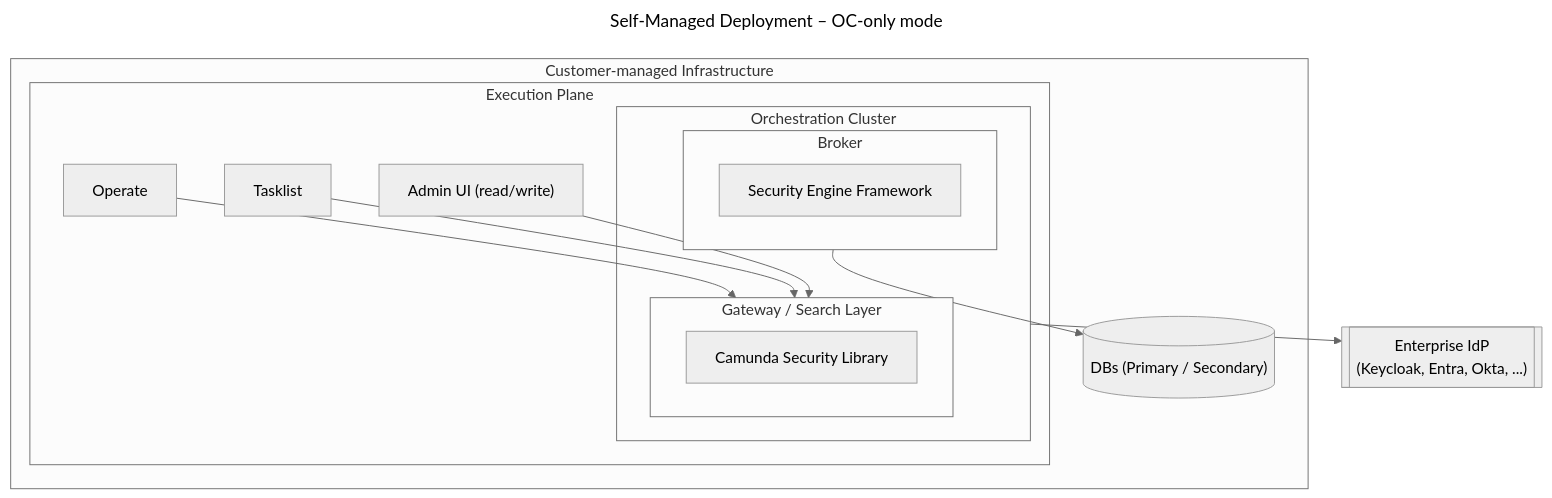
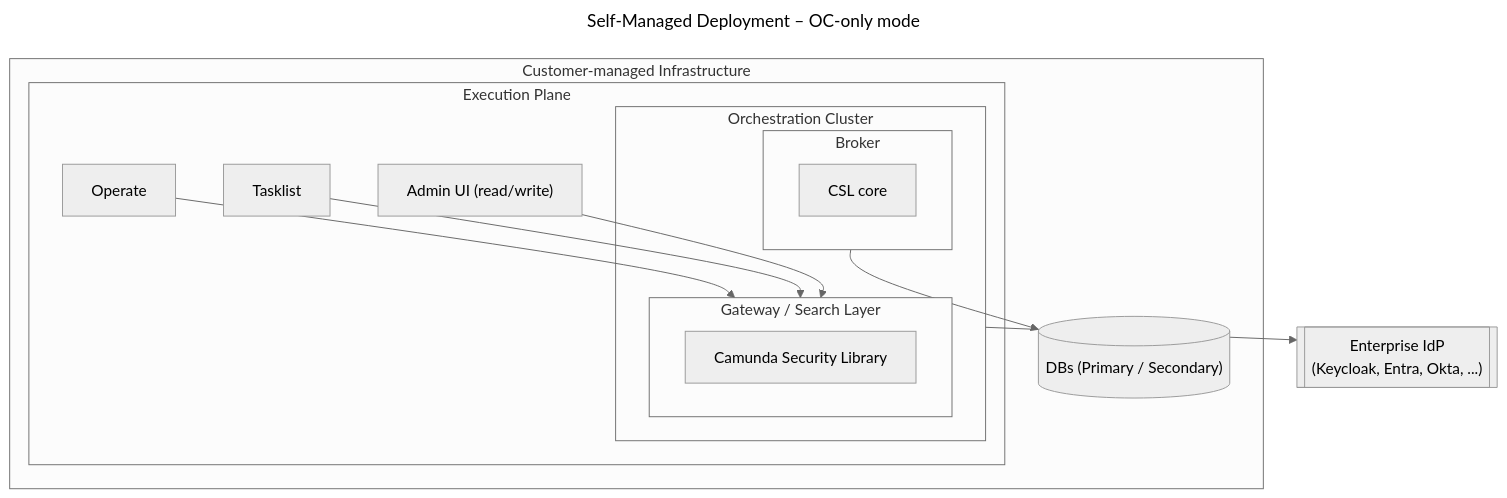
The first of 4 diagrams in docs/architecture/07-deployment-view.md (camunda/camunda-security-library), drawn with Mermaid (neutral theme) before and after one commit. The commit also changed other lines of this file and 24 other files, not shown here.

First line of the commit message:
docs(architecture): describe post-8.10 rollout state and retire the Security Engine Framework

````diff
--- a/docs/architecture/07-deployment-view.md
+++ b/docs/architecture/07-deployment-view.md
@@ -18,31 +18,31 @@
 ```mermaid
 ---
 title: Self-Managed Deployment – OC-only mode
 ---
 flowchart TB
   subgraph Customer["Customer-managed Infrastructure"]
     subgraph Execution["Execution Plane"]
       Operate["Operate"]
       Tasklist["Tasklist"]
       AdminUI["Admin UI (read/write)"]
 
       subgraph OC["Orchestration Cluster"]
         subgraph GatewayLayer["Gateway / Search Layer"]
           SecGatOC["Camunda Security Library"]
         end
 
         subgraph Broker1["Broker"]
-          SecEngFrame1["Security Engine Framework"]
+          CslCore1["CSL core"]
         end
       end
 
       Operate & Tasklist & AdminUI --> GatewayLayer
     end
 
     DBs[("DBs (Primary / Secondary)")]
     Broker1 --> DBs
   end
 
   EnterpriseIdP[["Enterprise IdP</br>(Keycloak, Entra, Okta, ...)"]]
   OC --> EnterpriseIdP
 ```
````
